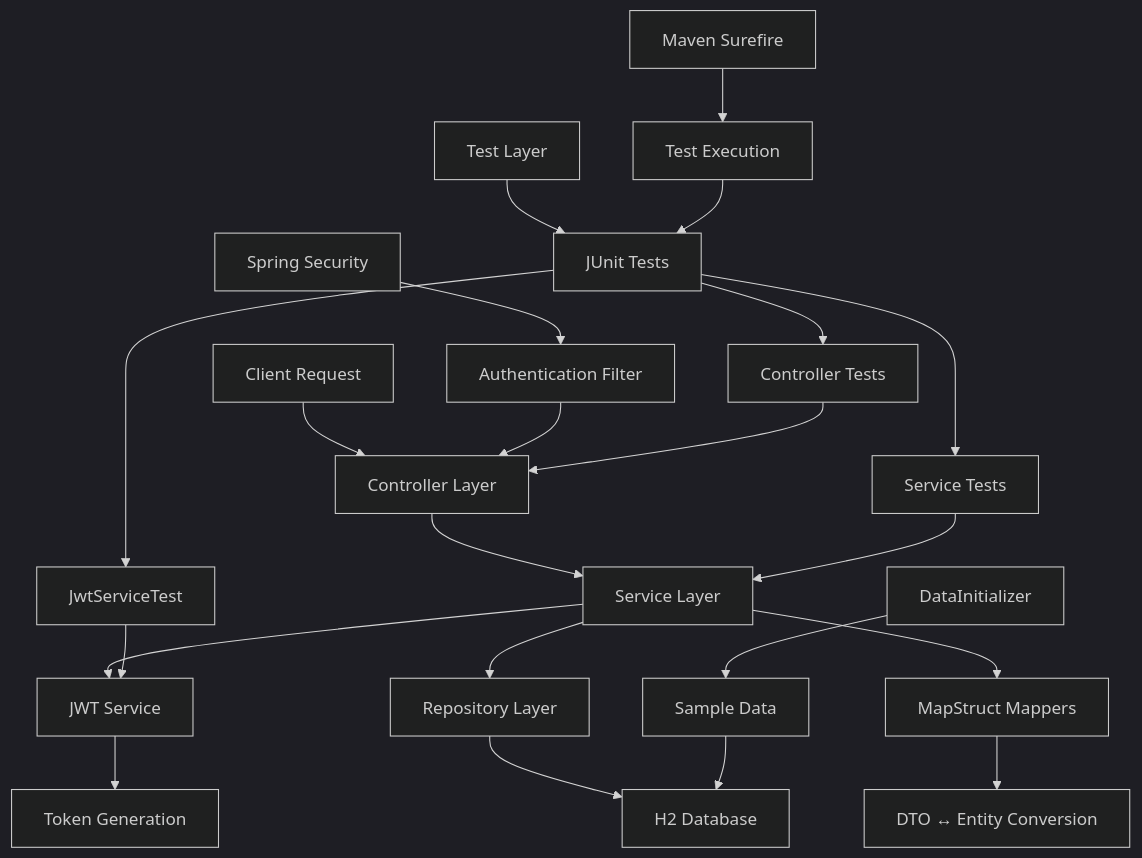
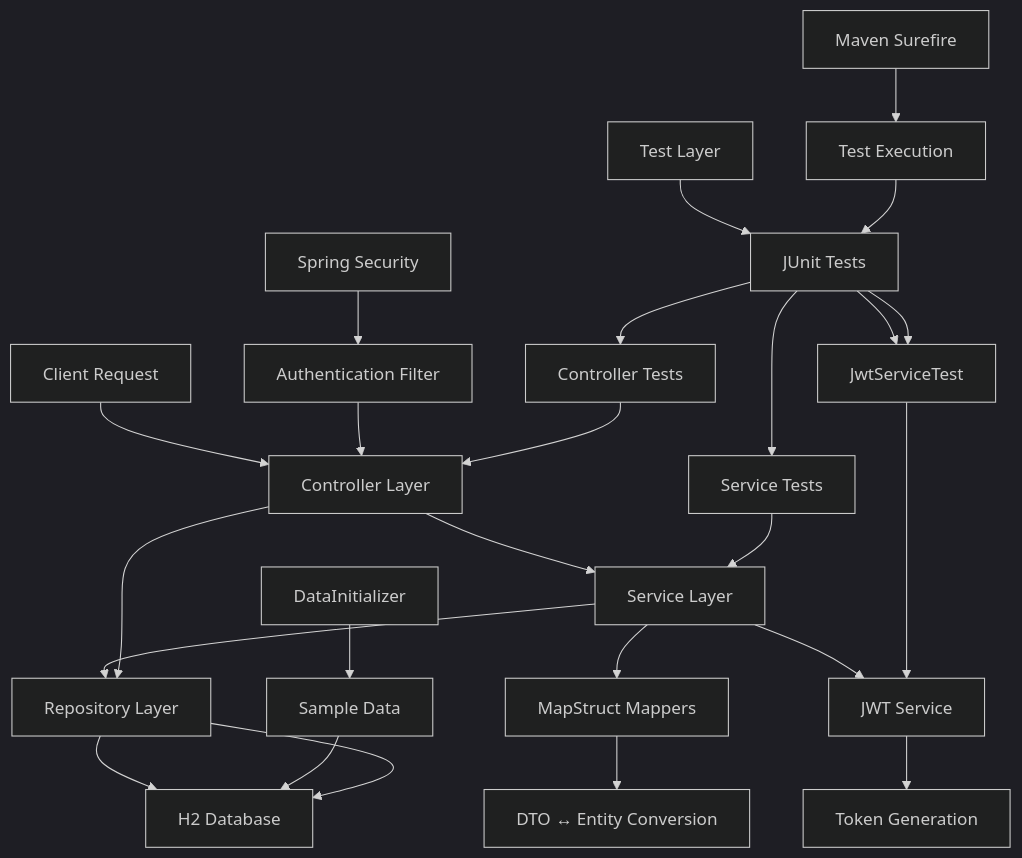
One commit to alper-aydogan/e-randevu changed the first of 2 diagrams in README.md. Above: the diagram before and after it, drawn with Mermaid (dark theme). The commit also changed other lines of this file, not shown here.

````diff
--- a/README.md
+++ b/README.md
@@ -59,31 +59,34 @@
 ```mermaid
 graph TD
     A[Client Request] --> B[Controller Layer]
     B --> C[Service Layer]
     C --> D[Repository Layer]
     D --> E[H2 Database]
     
     C --> F[JWT Service]
     F --> G[Token Generation]
     
     C --> H[MapStruct Mappers]
     H --> I[DTO ↔ Entity Conversion]
     
     J[Spring Security] --> K[Authentication Filter]
     K --> B
     
     L[DataInitializer] --> M[Sample Data]
     M --> E
     
     N[Test Layer] --> O[JUnit Tests]
     O --> P[JwtServiceTest]
     O --> Q[Service Tests]
     O --> R[Controller Tests]
     
     P --> F
     Q --> C
     R --> B
+    B --> D
+    D --> E
     
     S[Maven Surefire] --> T[Test Execution]
     T --> O
+    O --> P
 ```
````
